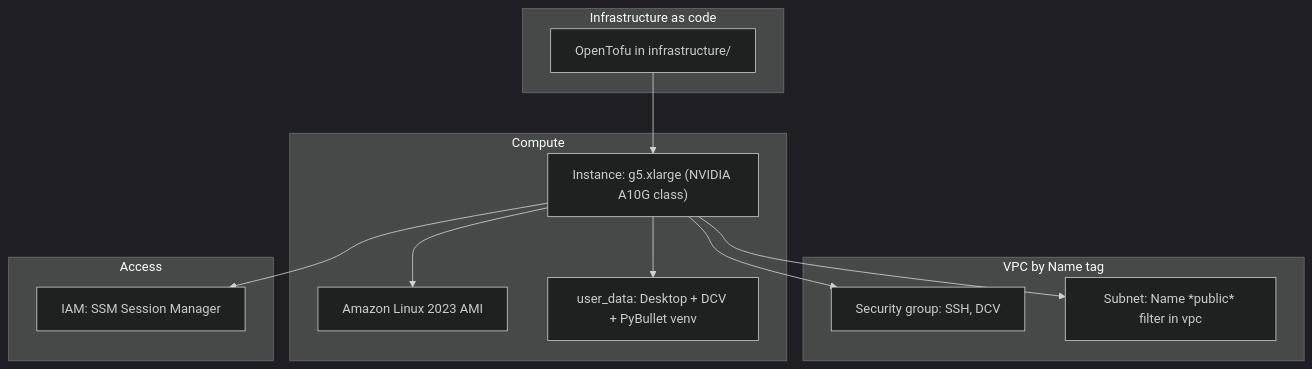
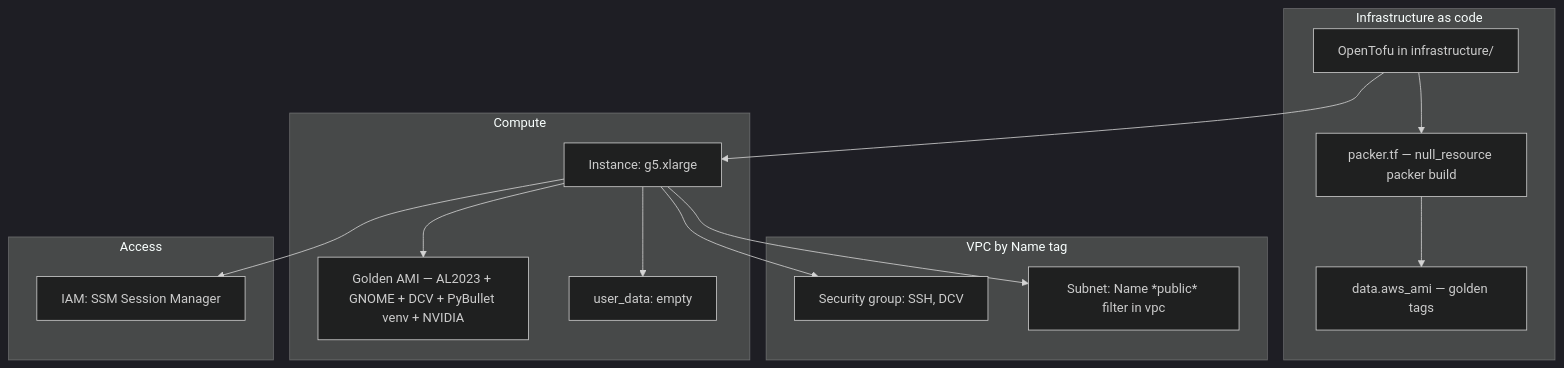
Before and after one commit to rubencg195/aws-pybullet-environment: the second of 4 diagrams in README.md, drawn with Mermaid (dark theme). The commit also changed other lines of this file and 20 other files, not shown here.

First line of the commit message:
Packer golden AMI via OpenTofu; remove Docker tree and ECR path

````diff
--- a/README.md
+++ b/README.md
@@ -26,24 +26,28 @@
 ```mermaid
 flowchart TB
   subgraph iac["Infrastructure as code"]
     OT["OpenTofu in infrastructure/"]
+    PK["packer.tf — null_resource packer build"]
+    AMI["data.aws_ami — golden tags"]
   end
   subgraph net["VPC by Name tag"]
     SG["Security group: SSH, DCV"]
     SN["Subnet: Name *public* filter in vpc"]
   end
   subgraph compute["Compute"]
-    AL2023["Amazon Linux 2023 AMI"]
-    UD["user_data: Desktop + DCV + PyBullet venv"]
-    G5["Instance: g5.xlarge (NVIDIA A10G class)"]
+    GOLD["Golden AMI — AL2023 + GNOME + DCV + PyBullet venv + NVIDIA"]
+    G5["Instance: g5.xlarge"]
+    UD["user_data: empty"]
   end
   subgraph access["Access"]
     SSM["IAM: SSM Session Manager"]
   end
+  OT --> PK
+  PK --> AMI
   OT --> G5
-  G5 --> AL2023
+  G5 --> GOLD
   G5 --> SG
   G5 --> SN
   G5 --> UD
   G5 --> SSM
 ```
````
